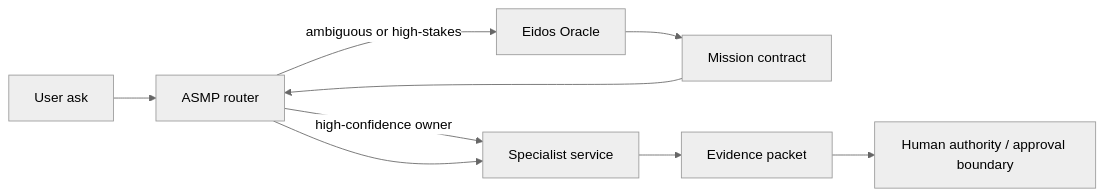
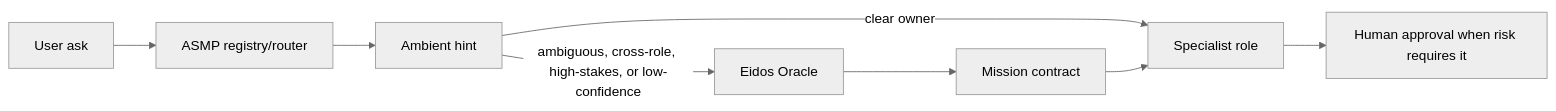
One commit to agent-service-manifest-protocol/agent-service-manifest-protocol changed the diagram in adopt/docs/eidos-oracle.md. Above: the diagram before and after it, drawn with Mermaid (neutral theme). The commit also changed other lines of this file and 2 other files, not shown here.

Commit message:
GMW-747 Repair Oracle host boundaries

````diff
--- a/adopt/docs/eidos-oracle.md
+++ b/adopt/docs/eidos-oracle.md
@@ -84,11 +84,10 @@
 ```mermaid
 flowchart LR
-  U["User ask"] --> A["ASMP router"]
-  A -->|high-confidence owner| S["Specialist service"]
-  A -->|ambiguous or high-stakes| O["Eidos Oracle"]
+  U["User ask"] --> A["ASMP registry/router"]
+  A --> M["Ambient hint"]
+  M -->|ambiguous, cross-role, high-stakes, or low-confidence| O["Eidos Oracle"]
+  M -->|clear owner| S["Specialist role"]
   O --> C["Mission contract"]
-  C --> A
-  A --> S
-  S --> E["Evidence packet"]
-  E --> H["Human authority / approval boundary"]
+  C --> S
+  S --> H["Human approval when risk requires it"]
 ```
````
